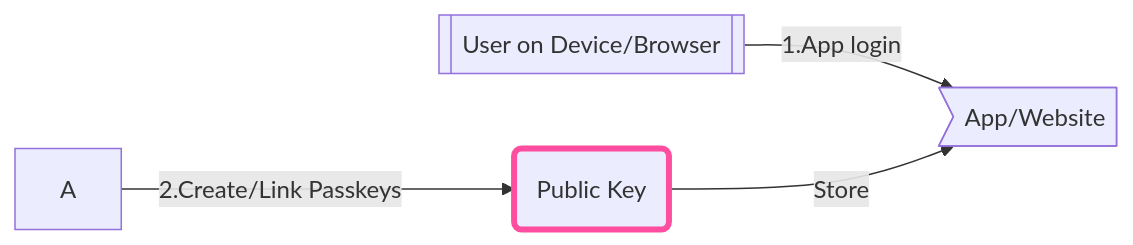
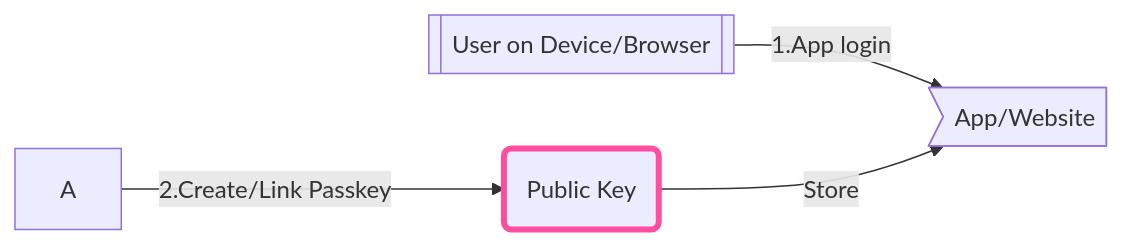
The second of 6 diagrams in docs/concepts/authtype/auth-passkeys.md (shaloo/docs.arcana), drawn with Mermaid before and after one commit. The commit also changed other lines of this file and 3 other files, not shown here.

````diff
--- a/docs/concepts/authtype/auth-passkeys.md
+++ b/docs/concepts/authtype/auth-passkeys.md
@@ -38,9 +38,9 @@
 ```mermaid
 graph LR
 
   A\[[User on Device/Browser]]--1.App login--> K>App/Website];
-  A--2.Create/Link Passkeys-->D(Public Key)--Store-->K;
+  A--2.Create/Link Passkey-->D(Public Key)--Store-->K;
 
 classDef an-pink stroke:#ff4e9f,stroke-width:0.25rem; 
 class D an-pink
 ```
````
